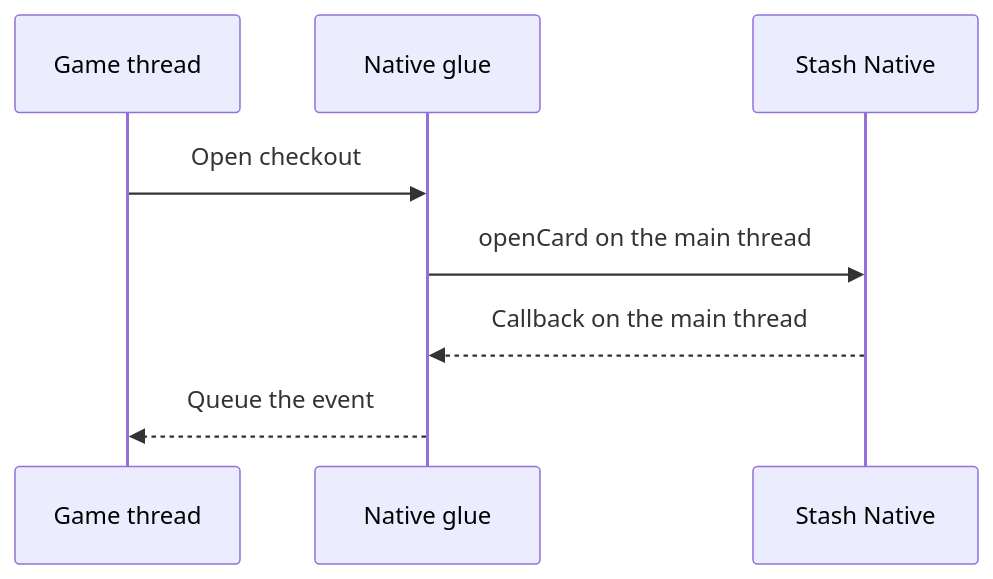
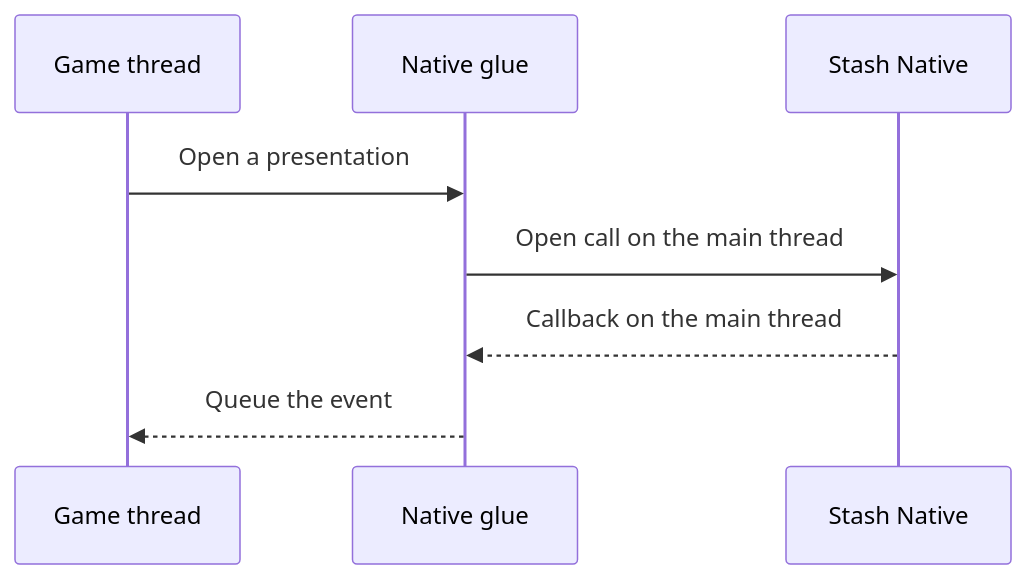
Before and after one commit to stashgg/stash-native: the diagram in docs/architecture/engine-wrappers.md, drawn with Mermaid. The commit also changed other lines of this file and 30 other files, not shown here.

````diff
--- a/docs/architecture/engine-wrappers.md
+++ b/docs/architecture/engine-wrappers.md
@@ -12,10 +12,10 @@
 ```mermaid
 sequenceDiagram
     participant Game as Game thread
     participant Glue as Native glue
     participant SDK as Stash Native
-    Game->>Glue: Open checkout
-    Glue->>SDK: openCard on the main thread
+    Game->>Glue: Open a presentation
+    Glue->>SDK: Open call on the main thread
     SDK-->>Glue: Callback on the main thread
     Glue-->>Game: Queue the event
 ```
````
